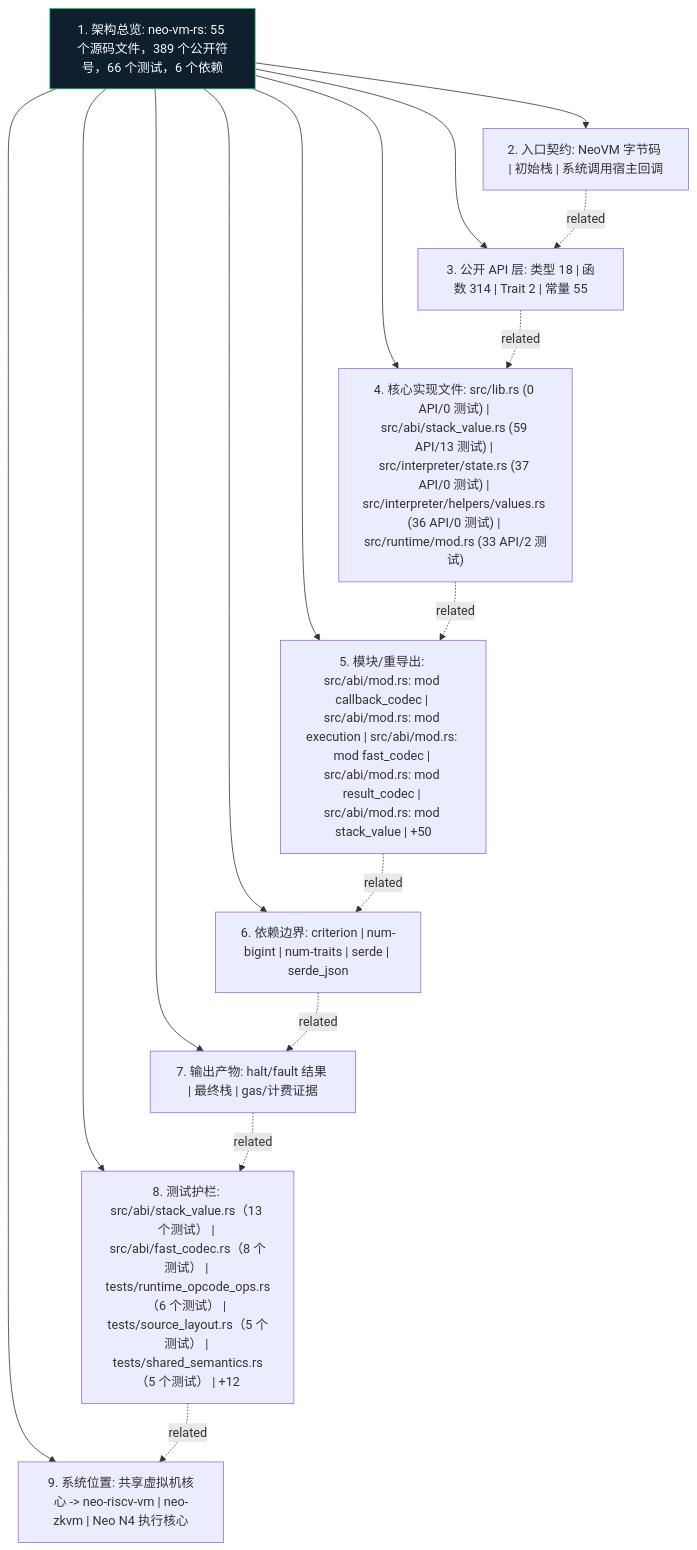
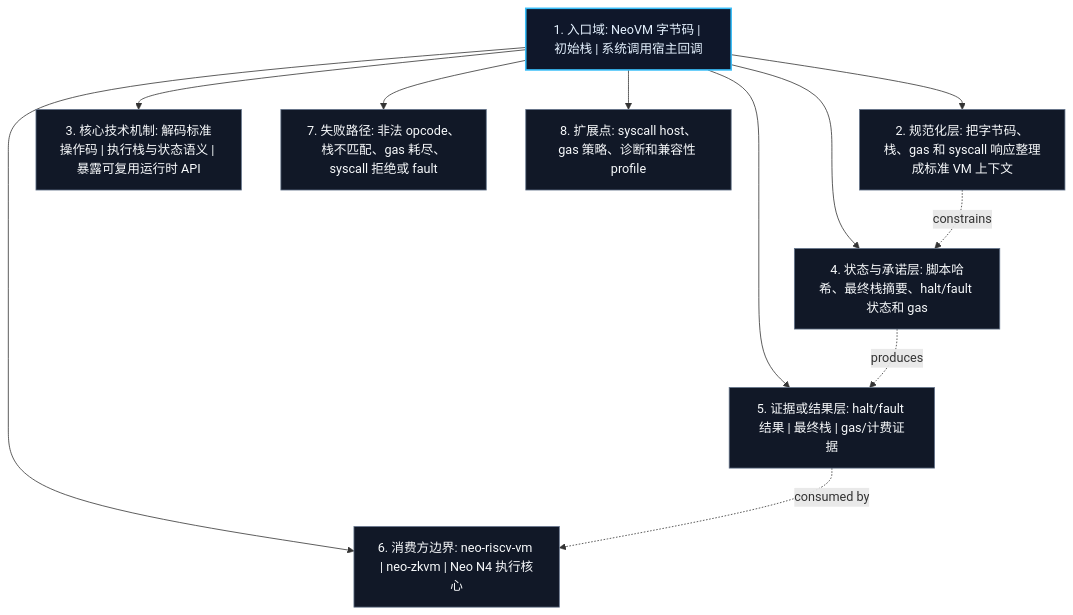
The diagram in docs/figures/architecture.zh.mmd (r3e-network/neo-vm-rs), drawn with Mermaid before and after one commit. The commit also changed 63 other files, not shown here.

Commit message:
Replace crate diagrams with technical views

```diff
--- a/docs/figures/architecture.zh.mmd
+++ b/docs/figures/architecture.zh.mmd
@@ -1,27 +1,23 @@
 flowchart TB
-    N1["1. 架构总览: neo-vm-rs: 55 个源码文件，389 个公开符号，66 个测试，6 个依赖"]
-    N2["2. 入口契约: NeoVM 字节码 | 初始栈 | 系统调用宿主回调"]
-    N3["3. 公开 API 层: 类型 18 | 函数 314 | Trait 2 | 常量 55"]
-    N4["4. 核心实现文件: src/lib.rs (0 API/0 测试) | src/abi/stack_value.rs (59 API/13 测试) | src/interpreter/state.rs (37 API/0 测试) | src/interpreter/helpers/values.rs (36 API/0 测试) | src/runtime/mod.rs (33 API/2 测试)"]
-    N5["5. 模块/重导出: src/abi/mod.rs: mod callback_codec | src/abi/mod.rs: mod execution | src/abi/mod.rs: mod fast_codec | src/abi/mod.rs: mod result_codec | src/abi/mod.rs: mod stack_value | +50"]
-    N6["6. 依赖边界: criterion | num-bigint | num-traits | serde | serde_json"]
-    N7["7. 输出产物: halt/fault 结果 | 最终栈 | gas/计费证据"]
-    N8["8. 测试护栏: src/abi/stack_value.rs（13 个测试） | src/abi/fast_codec.rs（8 个测试） | tests/runtime_opcode_ops.rs（6 个测试） | tests/source_layout.rs（5 个测试） | tests/shared_semantics.rs（5 个测试） | +12"]
-    N9["9. 系统位置: 共享虚拟机核心 -> neo-riscv-vm | neo-zkvm | Neo N4 执行核心"]
+    N1["1. 入口域: NeoVM 字节码 | 初始栈 | 系统调用宿主回调"]
+    N2["2. 规范化层: 把字节码、栈、gas 和 syscall 响应整理成标准 VM 上下文"]
+    N3["3. 核心技术机制: 解码标准操作码 | 执行栈与状态语义 | 暴露可复用运行时 API"]
+    N4["4. 状态与承诺层: 脚本哈希、最终栈摘要、halt/fault 状态和 gas"]
+    N5["5. 证据或结果层: halt/fault 结果 | 最终栈 | gas/计费证据"]
+    N6["6. 消费方边界: neo-riscv-vm | neo-zkvm | Neo N4 执行核心"]
+    N7["7. 失败路径: 非法 opcode、栈不匹配、gas 耗尽、syscall 拒绝或 fault"]
+    N8["8. 扩展点: syscall host、gas 策略、诊断和兼容性 profile"]
     N1 --> N2
     N1 --> N3
     N1 --> N4
     N1 --> N5
     N1 --> N6
     N1 --> N7
     N1 --> N8
-    N1 --> N9
-    N2 -. related .-> N3
-    N3 -. related .-> N4
-    N4 -. related .-> N5
-    N5 -. related .-> N6
-    N6 -. related .-> N7
-    N7 -. related .-> N8
-    N8 -. related .-> N9
-    classDef crate fill:#101f2d,stroke:#38d978,color:#f6fbff
-    class N1 crate
+    N2 -. constrains .-> N4
+    N4 -. produces .-> N5
+    N5 -. consumed by .-> N6
+    classDef core fill:#0f172a,stroke:#38bdf8,color:#e5f2ff,stroke-width:2px;
+    classDef support fill:#111827,stroke:#64748b,color:#f8fafc;
+    class N1 core;
+    class N2,N3,N4,N5,N6,N7,N8 support;
```
